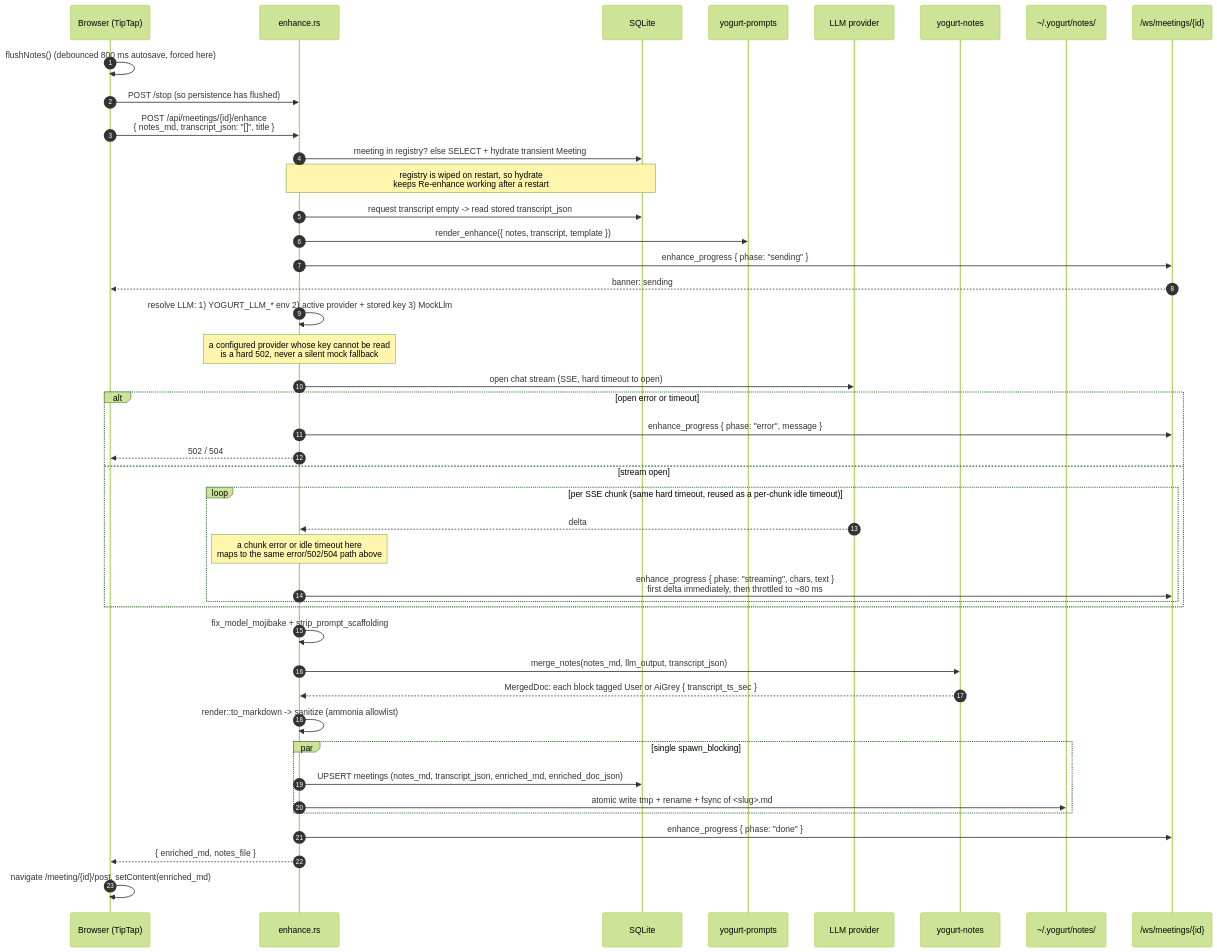
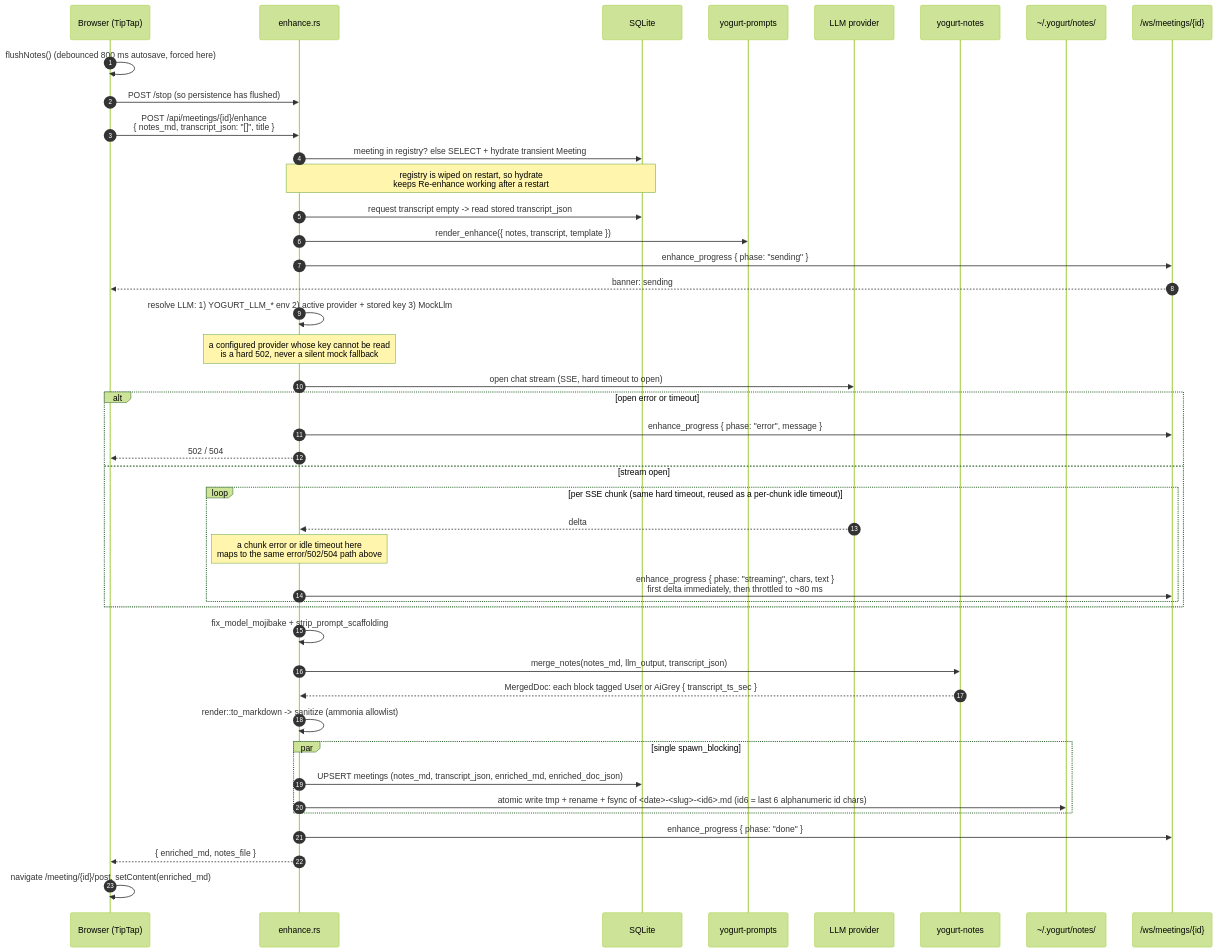
Before and after one commit to jarvisrchen/yogurt: the fifth of 13 diagrams in docs/ARCHITECTURE.md, drawn with Mermaid (forest theme). The commit also changed 6 other files, not shown here.

````diff
--- a/docs/ARCHITECTURE.md
+++ b/docs/ARCHITECTURE.md
@@ -319,49 +319,49 @@
 ```mermaid
 sequenceDiagram
     autonumber
     participant B as Browser (TipTap)
     participant E as enhance.rs
     participant DB as SQLite
     participant PR as yogurt-prompts
     participant L as LLM provider
     participant N as yogurt-notes
     participant FS as ~/.yogurt/notes/
     participant WS as /ws/meetings/{id}
 
     B->>B: flushNotes() (debounced 800 ms autosave, forced here)
     B->>E: POST /stop  (so persistence has flushed)
     B->>E: POST /api/meetings/{id}/enhance<br/>{ notes_md, transcript_json: "[]", title }
 
     E->>DB: meeting in registry?  else SELECT + hydrate transient Meeting
     Note over E,DB: registry is wiped on restart, so hydrate<br/>keeps Re-enhance working after a restart
     E->>DB: request transcript empty -> read stored transcript_json
     E->>PR: render_enhance({ notes, transcript, template })
     E->>WS: enhance_progress { phase: "sending" }
     WS-->>B: banner: sending
 
     E->>E: resolve LLM: 1) YOGURT_LLM_* env  2) active provider + stored key  3) MockLlm
     Note over E: a configured provider whose key cannot be read<br/>is a hard 502, never a silent mock fallback
     E->>L: open chat stream (SSE, hard timeout to open)
     alt open error or timeout
         E->>WS: enhance_progress { phase: "error", message }
         E-->>B: 502 / 504
     else stream open
         loop per SSE chunk (same hard timeout, reused as a per-chunk idle timeout)
             L-->>E: delta
             Note over E: a chunk error or idle timeout here<br/>maps to the same error/502/504 path above
             E->>WS: enhance_progress { phase: "streaming", chars, text }<br/>first delta immediately, then throttled to ~80 ms
         end
     end
 
     E->>E: fix_model_mojibake + strip_prompt_scaffolding
     E->>N: merge_notes(notes_md, llm_output, transcript_json)
     N-->>E: MergedDoc: each block tagged User or AiGrey { transcript_ts_sec }
     E->>E: render::to_markdown -> sanitize (ammonia allowlist)
     par single spawn_blocking
         E->>DB: UPSERT meetings (notes_md, transcript_json, enriched_md, enriched_doc_json)
-        E->>FS: atomic write tmp + rename + fsync of <slug>.md
+        E->>FS: atomic write tmp + rename + fsync of <date>-<slug>-<id6>.md (id6 = last 6 alphanumeric id chars)
     end
     E->>WS: enhance_progress { phase: "done" }
     E-->>B: { enriched_md, notes_file }
     B->>B: navigate /meeting/{id}/post, setContent(enriched_md)
 ```
````
